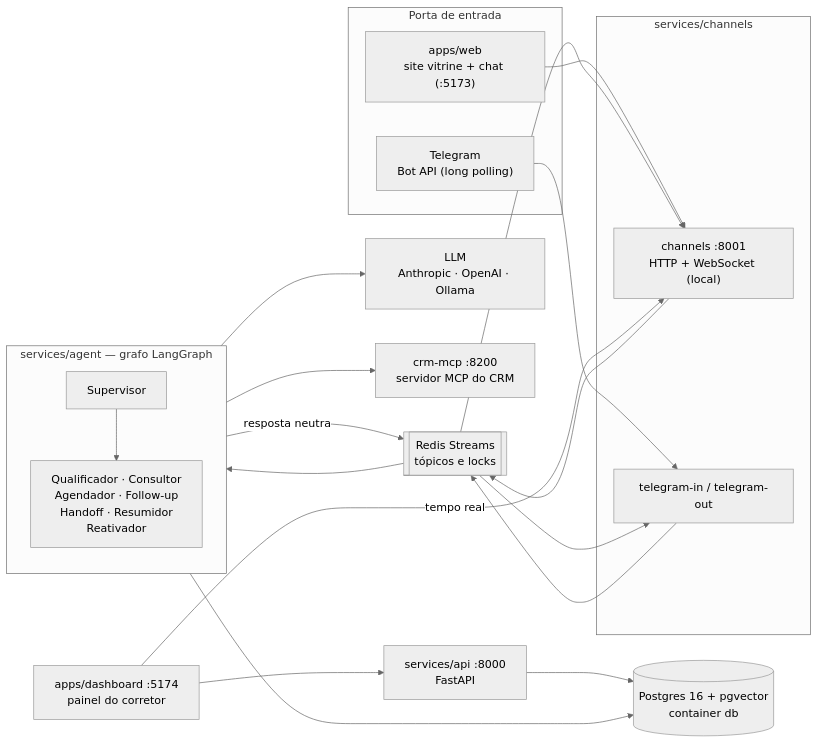
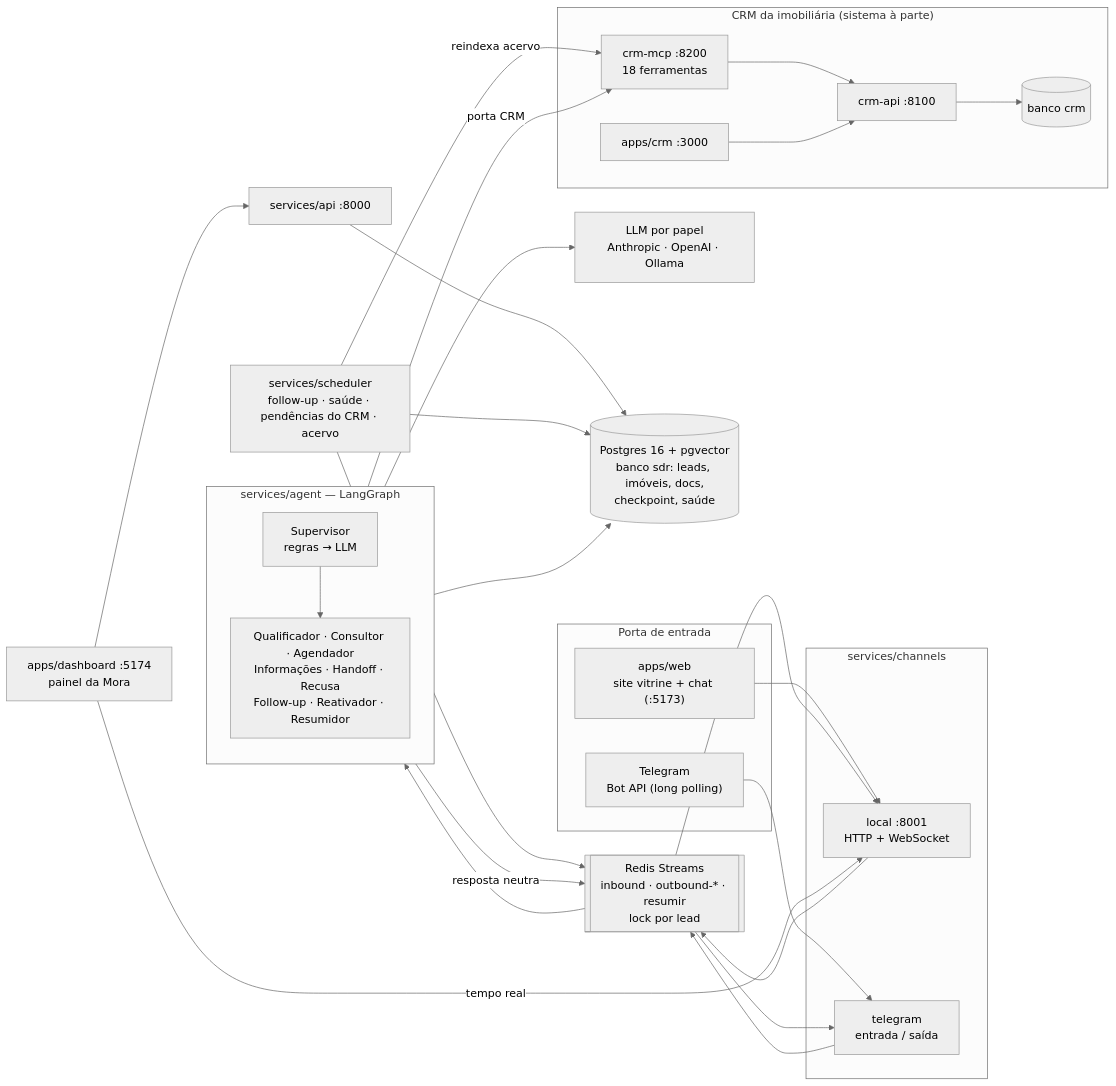
The diagram in README.md (marcosvrc/agent-sdr-imoveis-mora), drawn with Mermaid (neutral theme) before and after one commit. The commit also changed other lines of this file and 14 other files, not shown here.

````diff
--- a/README.md
+++ b/README.md
@@ -190,41 +170,45 @@
 ```mermaid
 flowchart LR
   subgraph Entrada["Porta de entrada"]
     SITE["apps/web<br/>site vitrine + chat (:5173)"]
     TG["Telegram<br/>Bot API (long polling)"]
   end
-
   subgraph Canais["services/channels"]
-    CH["channels :8001<br/>HTTP + WebSocket (local)"]
-    TGW["telegram-in / telegram-out"]
+    CH["local :8001<br/>HTTP + WebSocket"]
+    TGW["telegram<br/>entrada / saída"]
   end
-
-  Q[["Redis Streams<br/>tópicos e locks"]]
-
-  subgraph Agente["services/agent — grafo LangGraph"]
-    SUP["Supervisor"]
-    NODES["Qualificador · Consultor<br/>Agendador · Follow-up<br/>Handoff · Resumidor<br/>Reativador"]
+  Q[["Redis Streams<br/>inbound · outbound-* · resumir<br/>lock por lead"]]
+  subgraph Agente["services/agent — LangGraph"]
+    SUP["Supervisor<br/>regras → LLM"]
+    NODES["Qualificador · Consultor · Agendador<br/>Informações · Handoff · Recusa<br/>Follow-up · Reativador · Resumidor"]
     SUP --> NODES
   end
-
-  LLM["LLM<br/>Anthropic · OpenAI · Ollama"]
-  DB[("Postgres 16 + pgvector<br/>container db")]
-  CRM["crm-mcp :8200<br/>servidor MCP do CRM"]
-  API["services/api :8000<br/>FastAPI"]
-  DASH["apps/dashboard :5174<br/>painel do corretor"]
-
-  SITE --> CH
-  TG --> TGW
-  CH --> Q
-  TGW --> Q
+  LLM["LLM por papel<br/>Anthropic · OpenAI · Ollama"]
+  DB[("Postgres 16 + pgvector<br/>banco sdr: leads, imóveis, docs,<br/>checkpoint, saúde")]
+  SCH["services/scheduler<br/>follow-up · saúde · pendências do CRM · acervo"]
+  API["services/api :8000"]
+  DASH["apps/dashboard :5174<br/>painel da Mora"]
+  subgraph CRMBOX["CRM da imobiliária (sistema à parte)"]
+    MCP["crm-mcp :8200<br/>18 ferramentas"]
+    CRMAPI["crm-api :8100"]
+    CRMDB[("banco crm")]
+    CRMWEB["apps/crm :3000"]
+    MCP --> CRMAPI --> CRMDB
+    CRMWEB --> CRMAPI
+  end
+  SITE --> CH --> Q
+  TG --> TGW --> Q
   Q --> Agente
   Agente --> LLM
   Agente --> DB
-  Agente --> CRM
+  Agente -->|porta CRM| MCP
   Agente -->|resposta neutra| Q
   Q --> CH
   Q --> TGW
   API --> DB
   DASH --> API
   DASH -->|tempo real| CH
+  SCH --> DB
+  SCH --> Q
+  SCH -->|reindexa acervo| MCP
 ```
````
